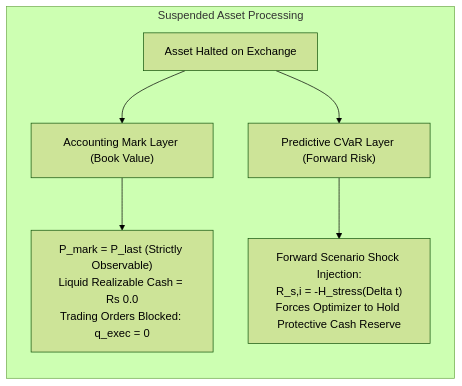
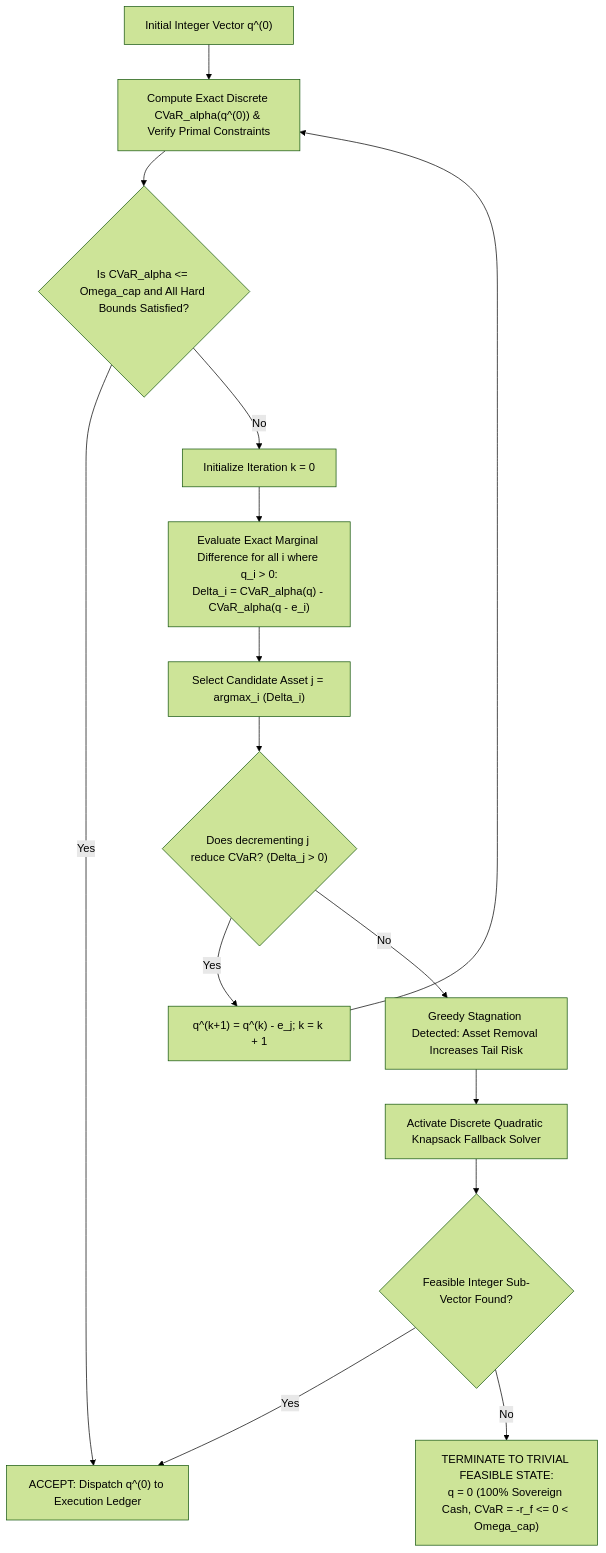
Before and after one commit to 2k25it2514261-cloud/alphaniti: the first of 3 diagrams in README.md, drawn with Mermaid (forest theme). The commit also changed other lines of this file, not shown here.

Commit message:
docs: release AlphaNiti v15.0 definitive mathematical specification (10/10 master closure)

````diff
--- a/README.md
+++ b/README.md
@@ -133,10 +33,17 @@
 ```mermaid
-flowchart LR
-    subgraph Suspended Asset Processing
-        A["Asset Halted on Exchange"] --> B["Accounting Mark Layer (Book Value)"]
-        A --> C["Predictive CVaR Layer (Forward Risk)"]
-        
-        B --> D["P_mark = P_last (Strictly Observable)<br>Liquid Realizable Cash = Rs 0.0<br>Trading Orders Blocked: q_exec = 0"]
-        C --> E["Forward Scenario Shock Injection:<br>R_s,i = -H_stress(Delta t)<br>Forces Optimizer to Hold Protective Cash Reserve"]
-    end
+flowchart TD
+    A["Initial Integer Vector q^(0)"] --> B["Compute Exact Discrete CVaR_alpha(q^(0)) & Verify Primal Constraints"]
+    B --> C{"Is CVaR_alpha <= Omega_cap and All Hard Bounds Satisfied?"}
+    C -- Yes --> D["ACCEPT: Dispatch q^(0) to Execution Ledger"]
+    C -- No --> E["Initialize Iteration k = 0"]
+    E --> F["Evaluate Exact Marginal Difference for all i where q_i > 0:<br>Delta_i = CVaR_alpha(q) - CVaR_alpha(q - e_i)"]
+    F --> G["Select Candidate Asset j = argmax_i (Delta_i)"]
+    G --> H{"Does decrementing j reduce CVaR? (Delta_j > 0)"}
+    H -- Yes --> I["q^(k+1) = q^(k) - e_j; k = k + 1"]
+    I --> B
+    H -- No --> J["Greedy Stagnation Detected: Asset Removal Increases Tail Risk"]
+    J --> K["Activate Discrete Quadratic Knapsack Fallback Solver"]
+    K --> L{"Feasible Integer Sub-Vector Found?"}
+    L -- Yes --> D
+    L -- No --> M["TERMINATE TO TRIVIAL FEASIBLE STATE:<br>q = 0 (100% Sovereign Cash, CVaR = -r_f <= 0 < Omega_cap)"]
 ```
````
